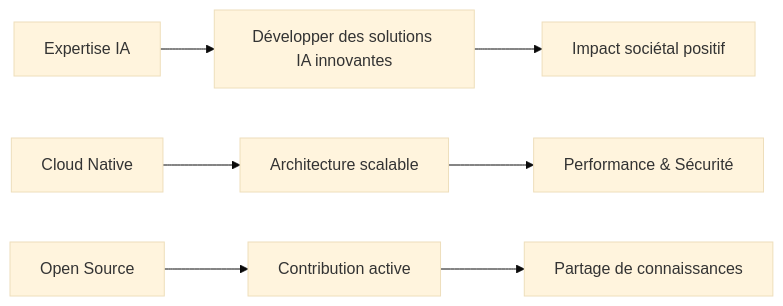
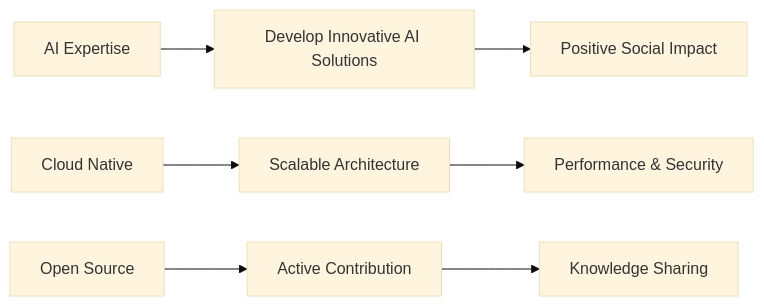
The first of 2 diagrams in README.md (Abusooma/Abusooma), drawn with Mermaid (base theme) before and after one commit. The commit also changed other lines of this file, not shown here.

````diff
--- a/README.md
+++ b/README.md
@@ -58,9 +58,9 @@
 ```mermaid
 graph LR
-    A[Expertise IA] --> B[Développer des solutions IA innovantes]
-    B --> C[Impact sociétal positif]
-    D[Cloud Native] --> E[Architecture scalable]
-    E --> F[Performance & Sécurité]
-    G[Open Source] --> H[Contribution active]
-    H --> I[Partage de connaissances]
+    A[AI Expertise] --> B[Develop Innovative AI Solutions]
+    B --> C[Positive Social Impact]
+    D[Cloud Native] --> E[Scalable Architecture]
+    E --> F[Performance & Security]
+    G[Open Source] --> H[Active Contribution]
+    H --> I[Knowledge Sharing]
 ```
````
